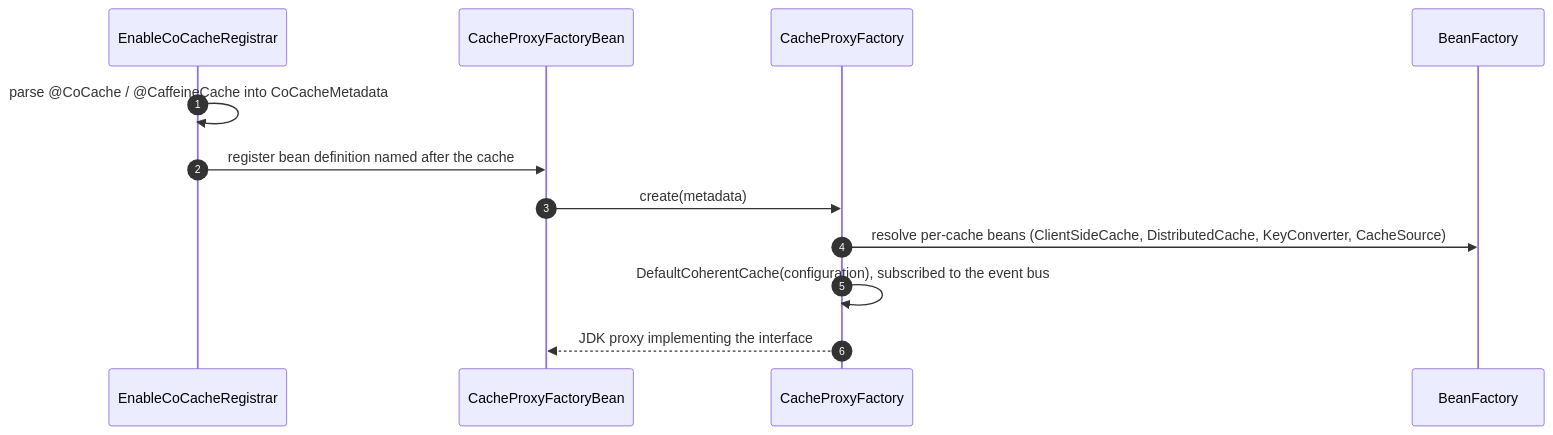
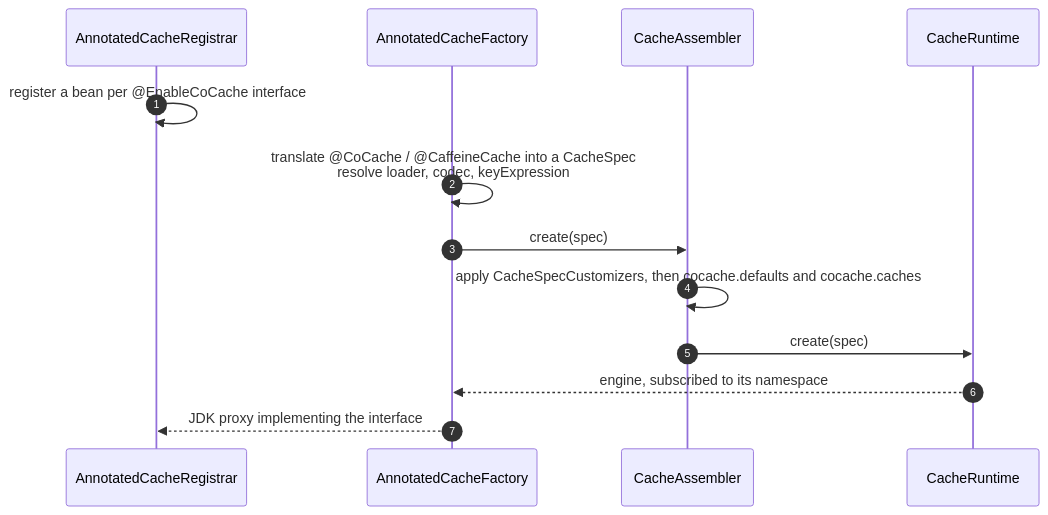
One commit to Ahoo-Wang/CoCache changed the second of 2 diagrams in wiki/architecture/index.md. Above: the diagram before and after it, drawn with Mermaid. The commit also changed other lines of this file and 23 other files, not shown here.

````diff
--- a/wiki/architecture/index.md
+++ b/wiki/architecture/index.md
@@ -74,14 +94,15 @@
 ```mermaid
 sequenceDiagram
     autonumber
-    participant R as EnableCoCacheRegistrar
-    participant FB as CacheProxyFactoryBean
-    participant PF as CacheProxyFactory
-    participant B as BeanFactory
-    R->>R: parse @CoCache / @CaffeineCache into CoCacheMetadata
-    R->>FB: register bean definition named after the cache
-    FB->>PF: create(metadata)
-    PF->>B: resolve per-cache beans (ClientSideCache, DistributedCache, KeyConverter, CacheSource)
-    PF->>PF: DefaultCoherentCache(configuration), subscribed to the event bus
-    PF-->>FB: JDK proxy implementing the interface
+    participant R as AnnotatedCacheRegistrar
+    participant F as AnnotatedCacheFactory
+    participant A as CacheAssembler
+    participant RT as CacheRuntime
+    R->>R: register a bean per @EnableCoCache interface
+    F->>F: translate @CoCache / @CaffeineCache into a CacheSpec<br>resolve loader, codec, keyExpression
+    F->>A: create(spec)
+    A->>A: apply CacheSpecCustomizers, then cocache.defaults and cocache.caches
+    A->>RT: create(spec)
+    RT-->>F: engine, subscribed to its namespace
+    F-->>R: JDK proxy implementing the interface
 ```
````
